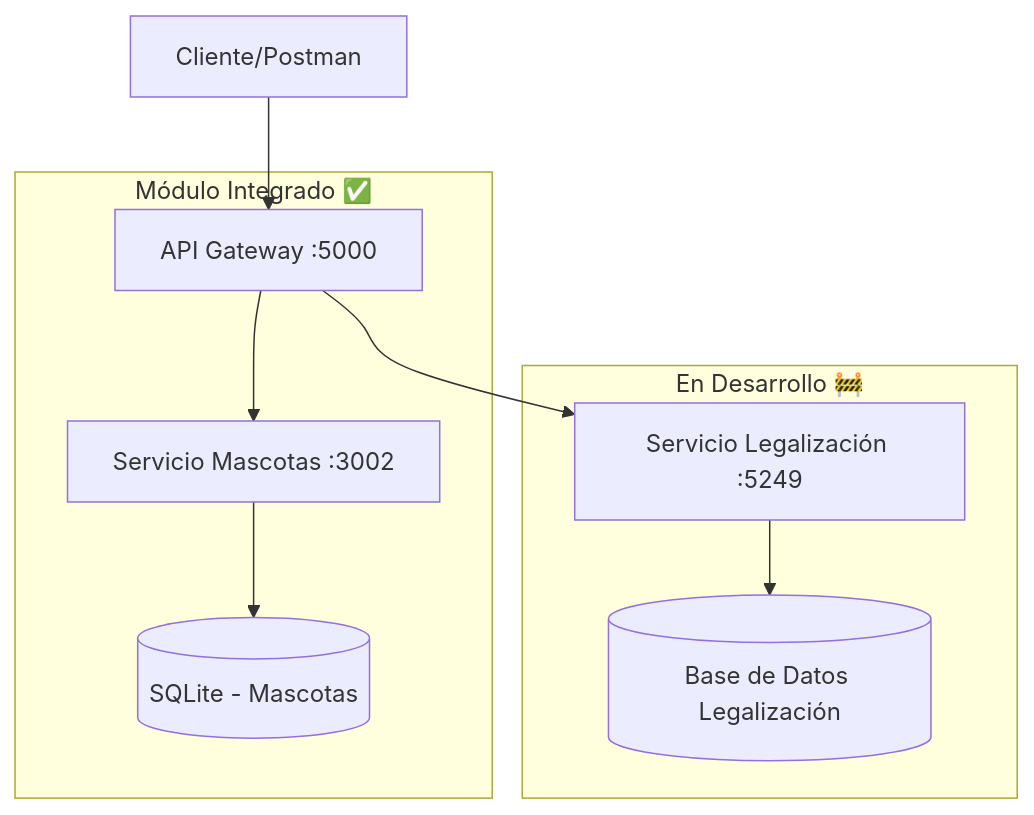
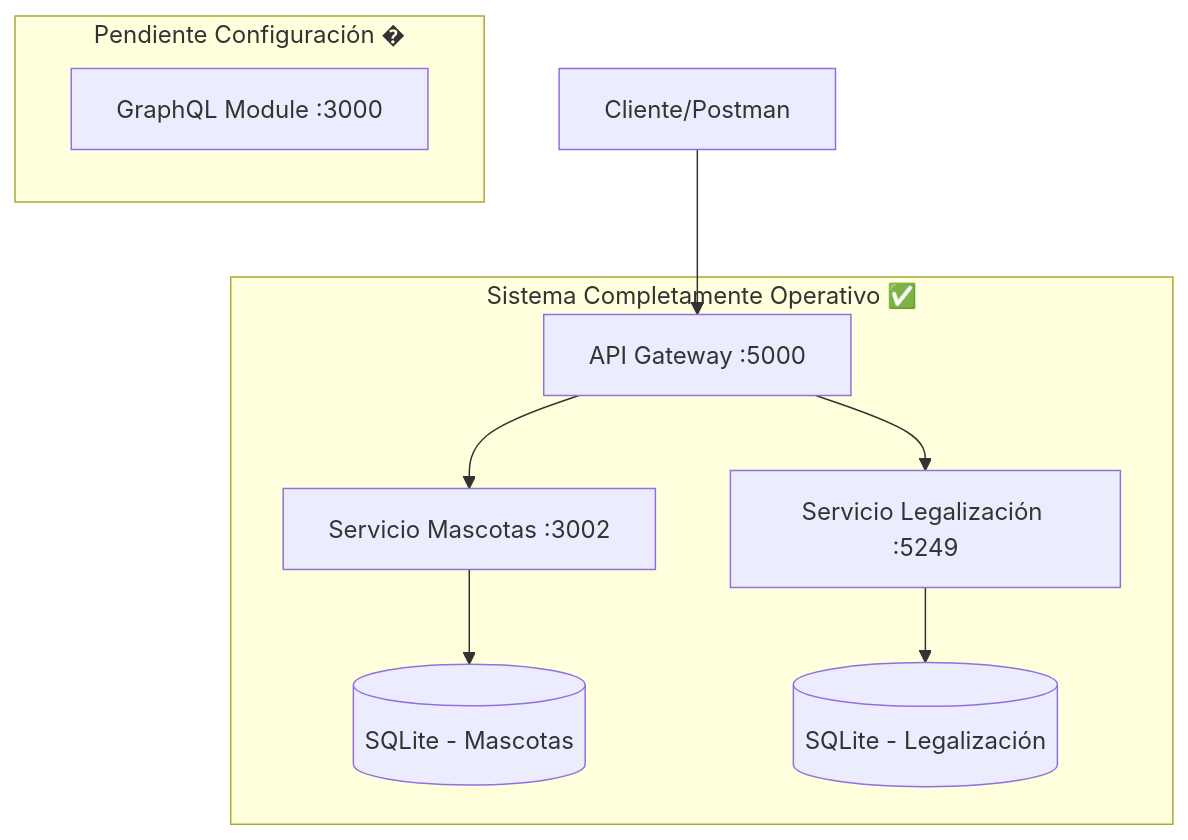
The diagram in README.md (Alex-20KD/ProyectoAutonomoP2), drawn with Mermaid before and after one commit. The commit also changed other lines of this file and 225 other files, not shown here.

````diff
--- a/README.md
+++ b/README.md
@@ -24,19 +24,20 @@
 ```mermaid
 graph TB
     Client[Cliente/Postman] --> Gateway[API Gateway :5000]
     Gateway --> Mascotas[Servicio Mascotas :3002]
     Gateway --> Legalizacion[Servicio Legalización :5249]
     Mascotas --> DB1[(SQLite - Mascotas)]
-    Legalizacion --> DB2[(Base de Datos Legalización)]
+    Legalizacion --> DB2[(SQLite - Legalización)]
     
-    subgraph "Módulo Integrado ✅"
+    subgraph "Sistema Completamente Operativo ✅"
         Gateway
         Mascotas
         DB1
-    end
-    
-    subgraph "En Desarrollo 🚧"
         Legalizacion
         DB2
     end
+    
+    subgraph "Pendiente Configuración �"
+        GraphQL[GraphQL Module :3000]
+    end
 ```
````
